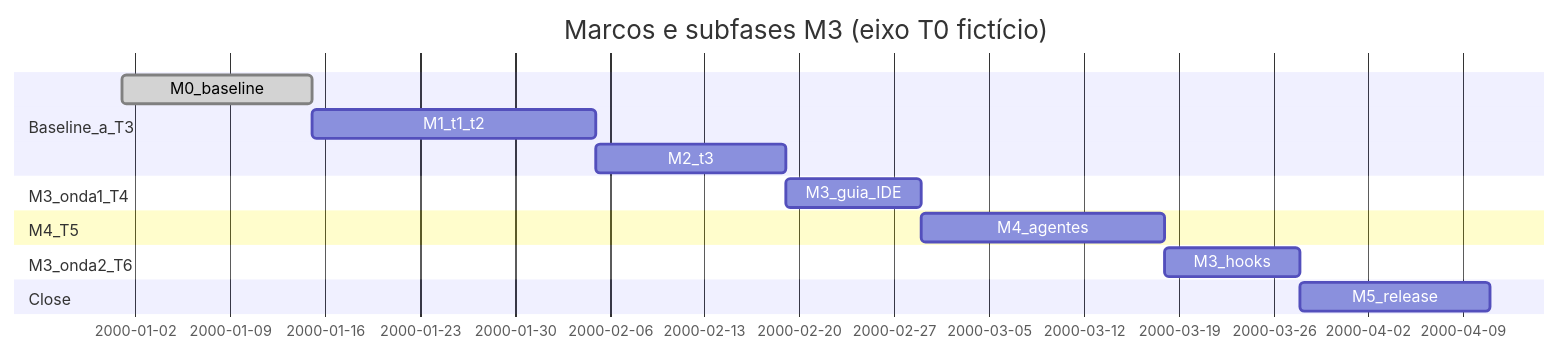
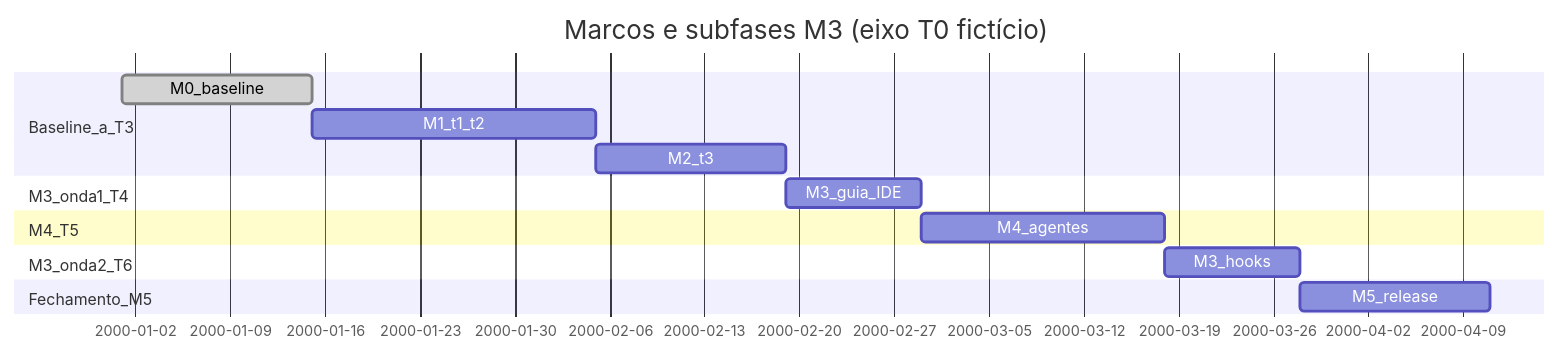
The fourth of 5 diagrams in docs/distribution-channels-macro-plan.md (Malnati/eslint-hardcode-detect-plugin), drawn with Mermaid before and after one commit. The commit also changed other lines of this file and 5 other files, not shown here.

First line of the commit message:
docs(plugin): fix Mermaid diagrams for GitHub and release 0.2.3

````diff
--- a/docs/distribution-channels-macro-plan.md
+++ b/docs/distribution-channels-macro-plan.md
@@ -125,17 +125,17 @@
 ```mermaid
 gantt
   title Marcos e subfases M3 (eixo T0 fictício)
   dateFormat YYYY-MM-DD
   section Baseline_a_T3
   M0_baseline :done, m0, 2000-01-01, 14d
   M1_t1_t2 :m1, after m0, 21d
   M2_t3 :m2, after m1, 14d
   section M3_onda1_T4
   M3_guia_IDE :m3a, after m2, 10d
   section M4_T5
   M4_agentes :m4, after m3a, 18d
   section M3_onda2_T6
   M3_hooks :m3b, after m4, 10d
-  section Close
+  section Fechamento_M5
   M5_release :m5, after m3b, 14d
 ```
````
